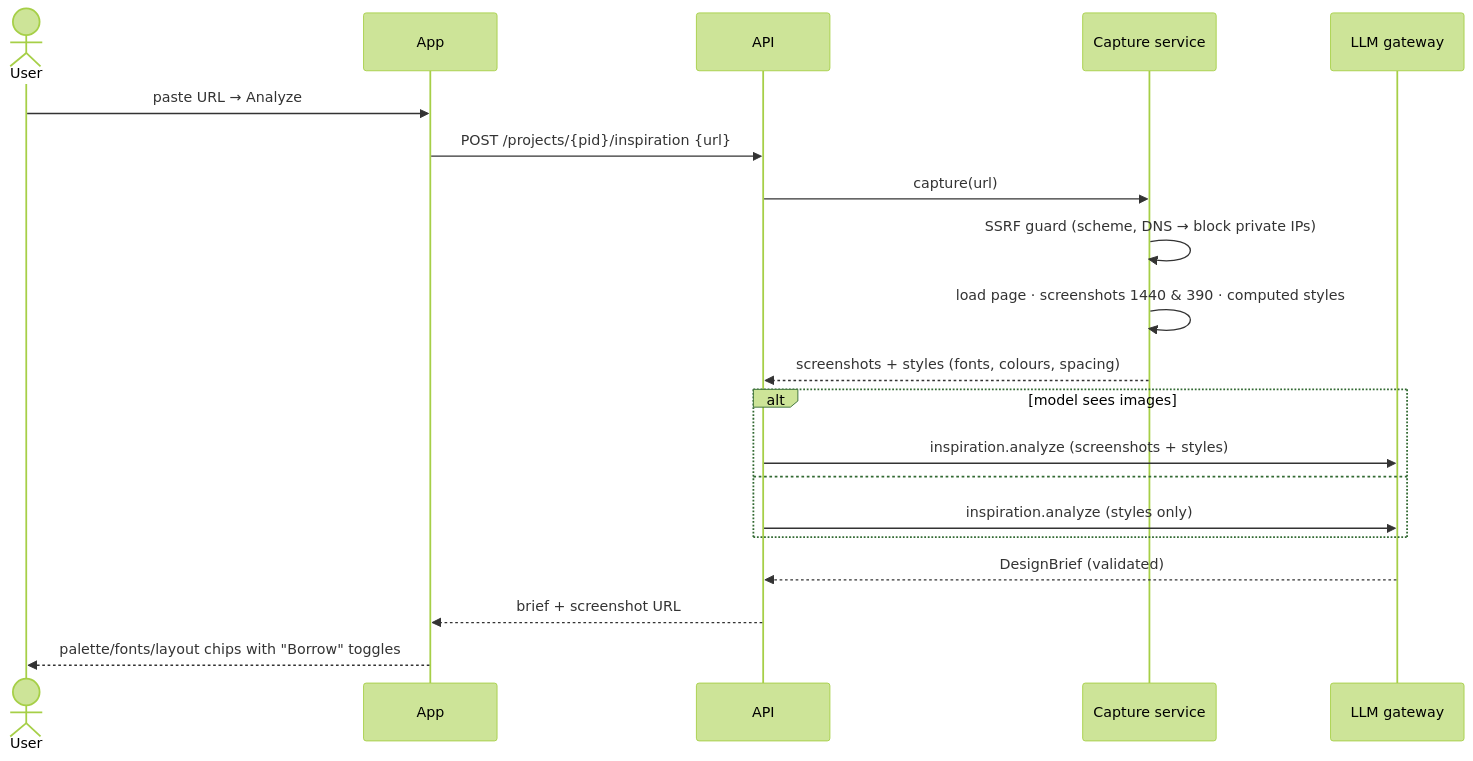
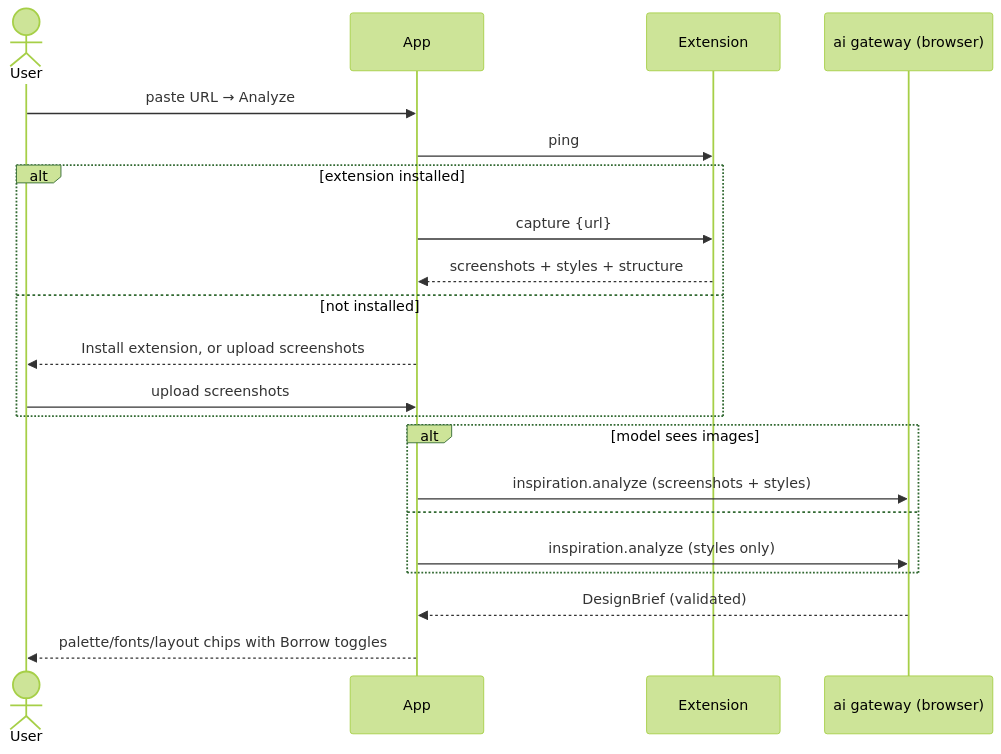
The eighth of 17 diagrams in docs/ARCHITECTURE.md (iamsanuponnulli-hue/PORTFOLIO-BUILDER), drawn with Mermaid (forest theme) before and after one commit. The commit also changed other lines of this file and 1 other file, not shown here.

First line of the commit message:
Plan: thin server, browser-heavy processing, extension, device-only keys, OpenRouter sign-in

````diff
--- a/docs/ARCHITECTURE.md
+++ b/docs/ARCHITECTURE.md
@@ -350,22 +387,23 @@
 ```mermaid
 sequenceDiagram
   actor U as User
   participant App
-  participant API
-  participant CAP as Capture service
-  participant GW as LLM gateway
+  participant X as Extension
+  participant GW as ai gateway (browser)
   U->>App: paste URL → Analyze
-  App->>API: POST /projects/{pid}/inspiration {url}
-  API->>CAP: capture(url)
-  CAP->>CAP: SSRF guard (scheme, DNS → block private IPs)
-  CAP->>CAP: load page · screenshots 1440 & 390 · computed styles
-  CAP-->>API: screenshots + styles (fonts, colours, spacing)
+  App->>X: ping
+  alt extension installed
+    App->>X: capture {url}
+    X-->>App: screenshots + styles + structure
+  else not installed
+    App-->>U: Install extension, or upload screenshots
+    U->>App: upload screenshots
+  end
   alt model sees images
-    API->>GW: inspiration.analyze (screenshots + styles)
+    App->>GW: inspiration.analyze (screenshots + styles)
   else
-    API->>GW: inspiration.analyze (styles only)
+    App->>GW: inspiration.analyze (styles only)
   end
-  GW-->>API: DesignBrief (validated)
-  API-->>App: brief + screenshot URL
-  App-->>U: palette/fonts/layout chips with "Borrow" toggles
+  GW-->>App: DesignBrief (validated)
+  App-->>U: palette/fonts/layout chips with Borrow toggles
 ```
````
